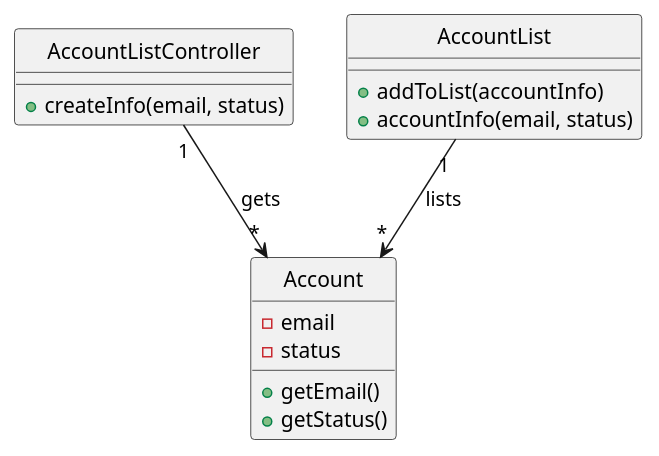
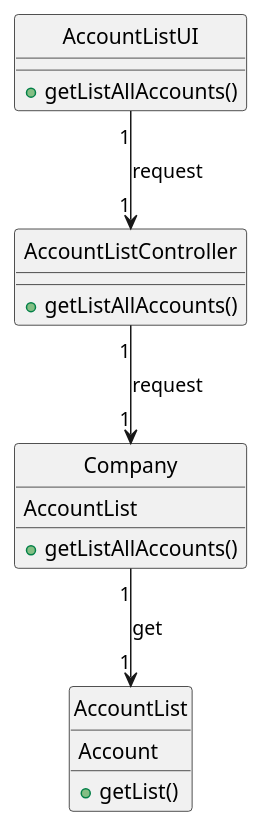
The diagram in docs/modelling_design/user_stories/us004/US004_Class_Diagram.puml (Loracline/project_switch_22-23), drawn with PlantUML before and after one commit.

Commit message:
US004: design: Class Diagram

```diff
--- a/docs/modelling_design/user_stories/us004/US004_Class_Diagram.puml
+++ b/docs/modelling_design/user_stories/us004/US004_Class_Diagram.puml
@@ -1,25 +1,26 @@
 @startuml
 
-class Account{
--email
--status
-+getEmail()
-+getStatus()
-
+class "AccountListUI"{
++getListAllAccounts()
 }
 class "AccountListController" {
-+createInfo(email, status)
+
++getListAllAccounts()
+}
+class "Company"{
+AccountList
++getListAllAccounts()
 }
 class AccountList{
-+addToList(accountInfo)
-+accountInfo(email, status)
+Account
++getList()
 }
-
-"AccountList" "1" --> "*" Account: lists
-"AccountListController" "1" --> "*" Account: gets
-
-hide "Account" circle
+"AccountListUI" "1" --> "1" "AccountListController":request
+"AccountListController" "1" --> "1" "Company":request
+"Company" "1" --> "1" "AccountList":get
+hide "AccountListUI" circle
 hide "AccountList" circle
 hide "AccountListController" circle
+hide "Company" circle
 
 @enduml
```
